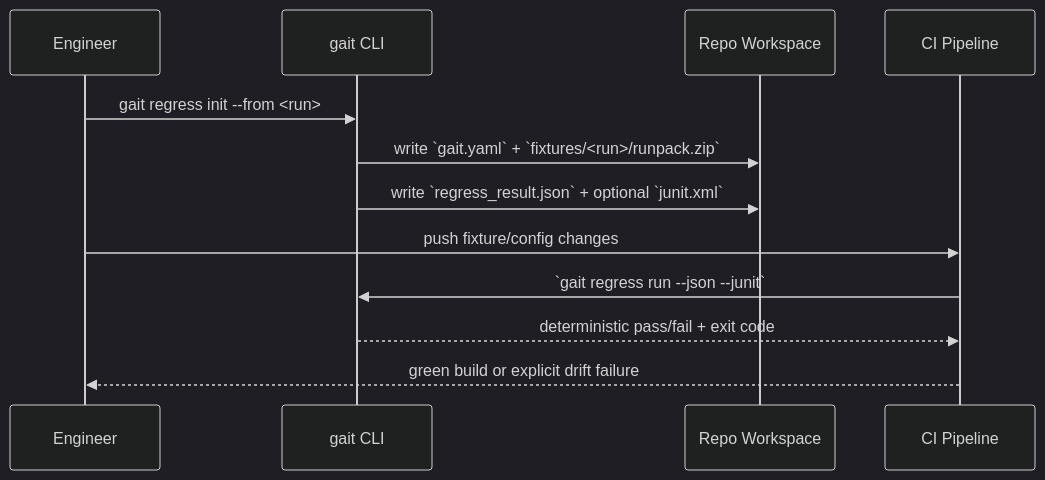
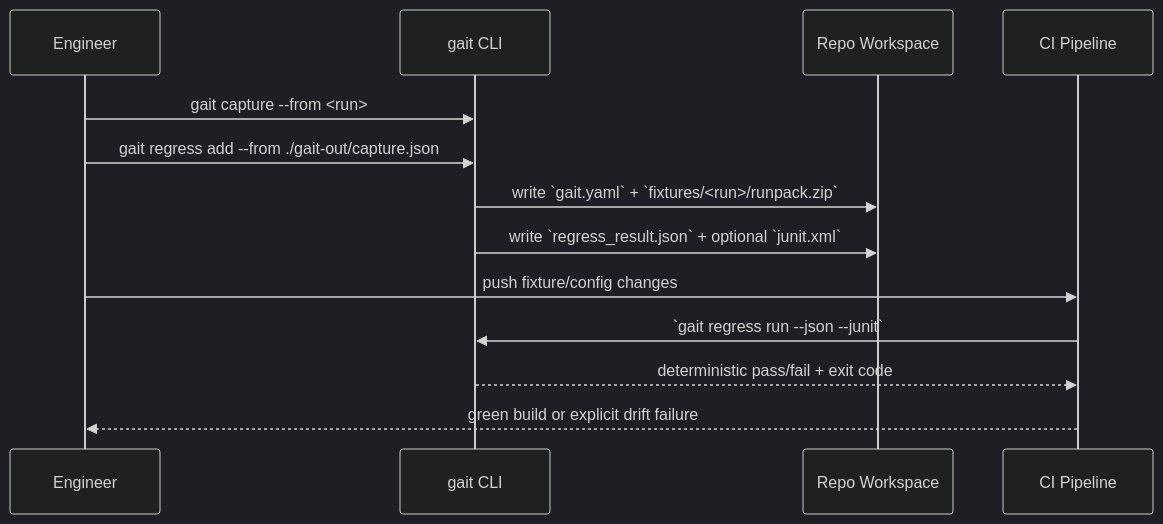
Before and after one commit to Clyra-AI/gait: the fifth of 9 diagrams in docs/flows.md, drawn with Mermaid (dark theme). The commit also changed 26 other files, not shown here.

Commit message:
feat: add policy onboarding and wrapper flows

````diff
--- a/docs/flows.md
+++ b/docs/flows.md
@@ -165,15 +165,16 @@
 ```mermaid
 sequenceDiagram
     participant Eng as Engineer
     participant CLI as gait CLI
     participant Repo as Repo Workspace
     participant CI as CI Pipeline
 
-    Eng->>CLI: gait regress init --from <run>
+    Eng->>CLI: gait capture --from <run>
+    Eng->>CLI: gait regress add --from ./gait-out/capture.json
     CLI->>Repo: write `gait.yaml` + `fixtures/<run>/runpack.zip`
     CLI->>Repo: write `regress_result.json` + optional `junit.xml`
     Eng->>CI: push fixture/config changes
     CI->>CLI: `gait regress run --json --junit`
     CLI-->>CI: deterministic pass/fail + exit code
     CI-->>Eng: green build or explicit drift failure
 ```
````
